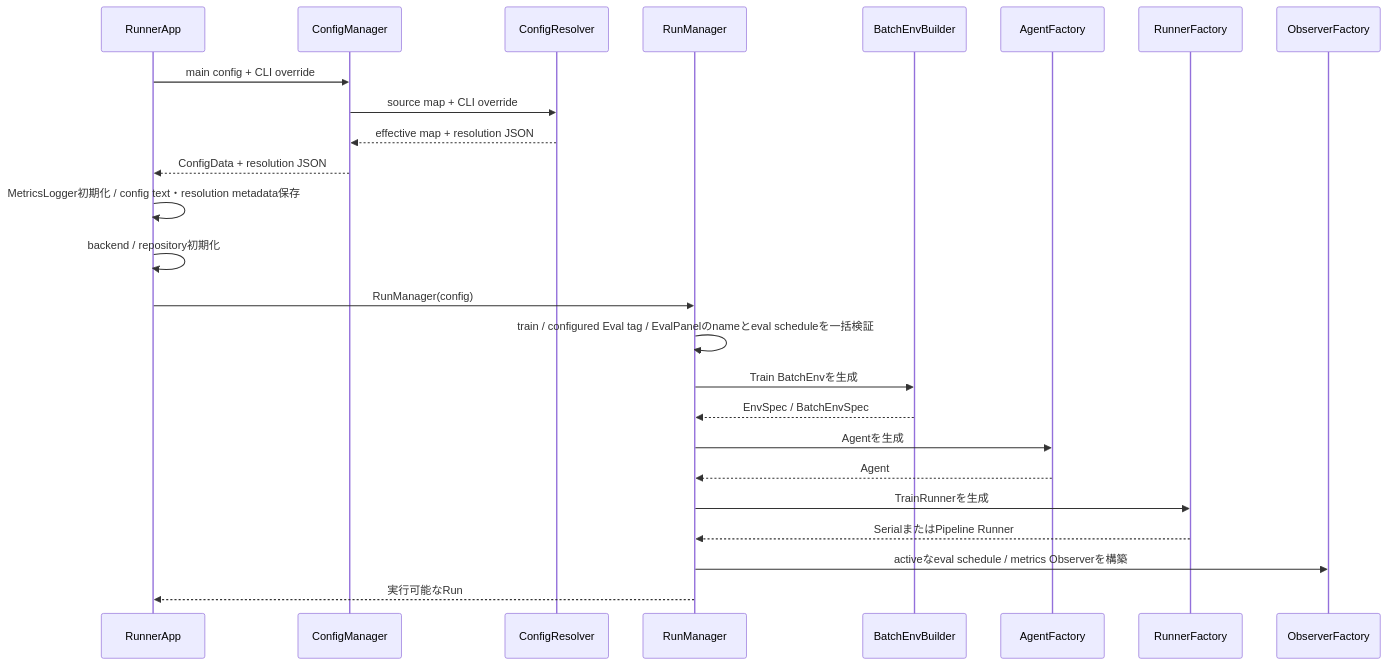
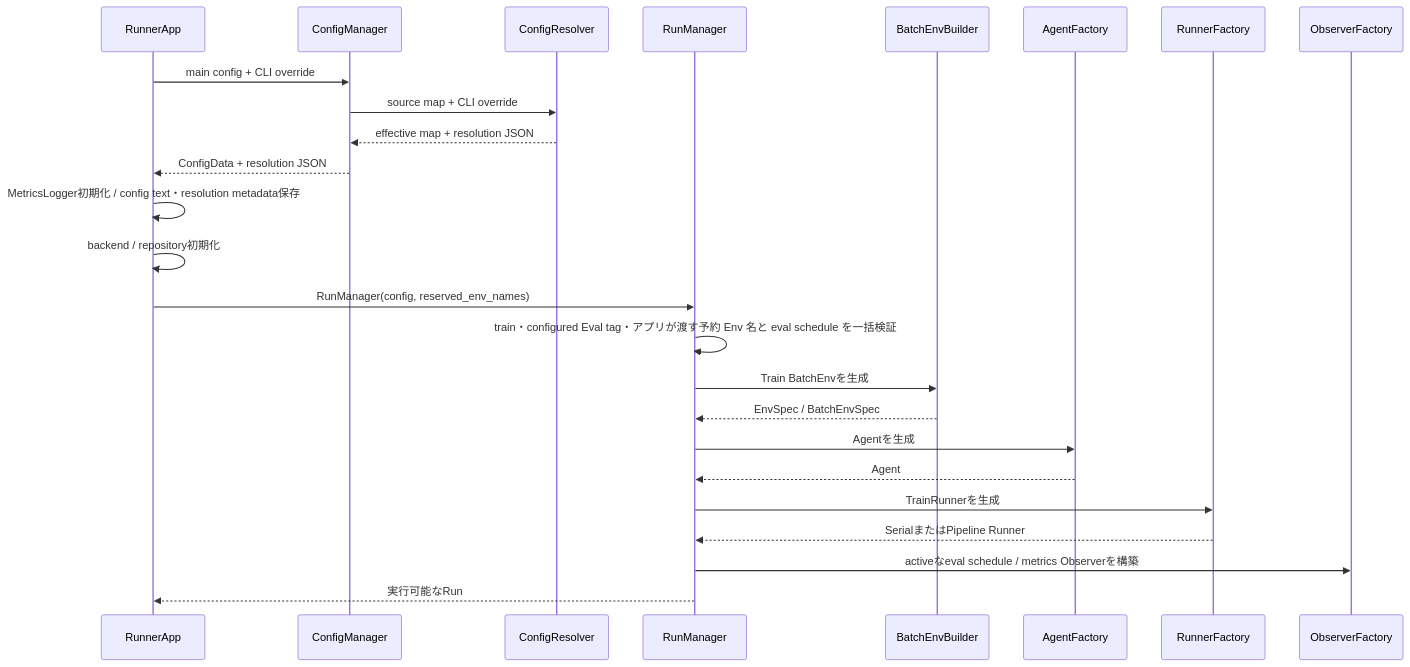
The second of 4 diagrams in docs/design/100_runtime_and_configuration.jp.md (kazukin123/anet-lab), drawn with Mermaid before and after one commit. The commit also changed other lines of this file and 54 other files, not shown here.

````diff
--- a/docs/design/100_runtime_and_configuration.jp.md
+++ b/docs/design/100_runtime_and_configuration.jp.md
@@ -190,28 +190,28 @@
 ```mermaid
 sequenceDiagram
     participant App as RunnerApp
     participant CM as ConfigManager
     participant CR as ConfigResolver
     participant RM as RunManager
     participant EB as BatchEnvBuilder
     participant AF as AgentFactory
     participant RF as RunnerFactory
     participant OF as ObserverFactory
 
     App->>CM: main config + CLI override
     CM->>CR: source map + CLI override
     CR-->>CM: effective map + resolution JSON
     CM-->>App: ConfigData + resolution JSON
     App->>App: MetricsLogger初期化 / config text・resolution metadata保存
     App->>App: backend / repository初期化
-    App->>RM: RunManager(config)
-    RM->>RM: train / configured Eval tag / EvalPanelのnameとeval scheduleを一括検証
+    App->>RM: RunManager(config, reserved_env_names)
+    RM->>RM: train・configured Eval tag・アプリが渡す予約 Env 名と eval schedule を一括検証
     RM->>EB: Train BatchEnvを生成
     EB-->>RM: EnvSpec / BatchEnvSpec
     RM->>AF: Agentを生成
     AF-->>RM: Agent
     RM->>RF: TrainRunnerを生成
     RF-->>RM: SerialまたはPipeline Runner
     RM->>OF: activeなeval schedule / metrics Observerを構築
     RM-->>App: 実行可能なRun
 ```
````
